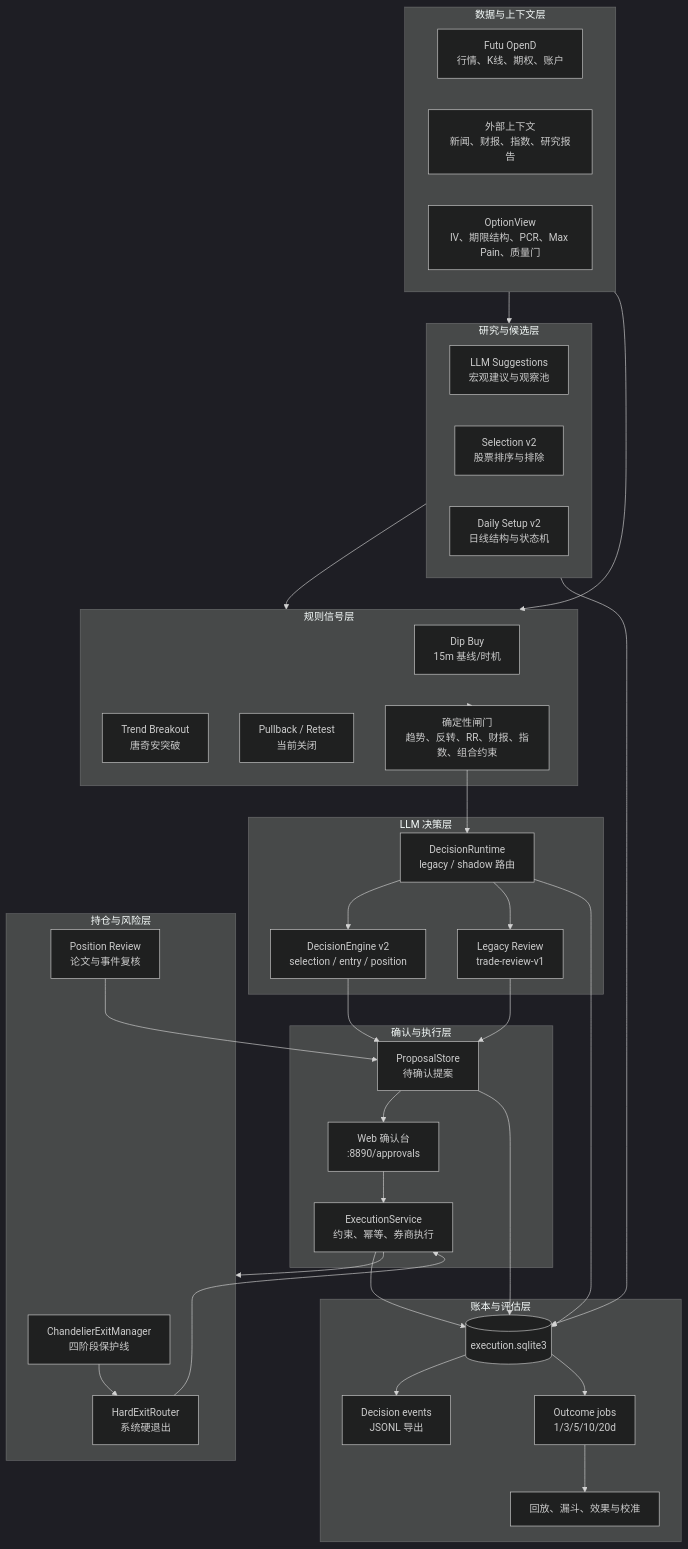
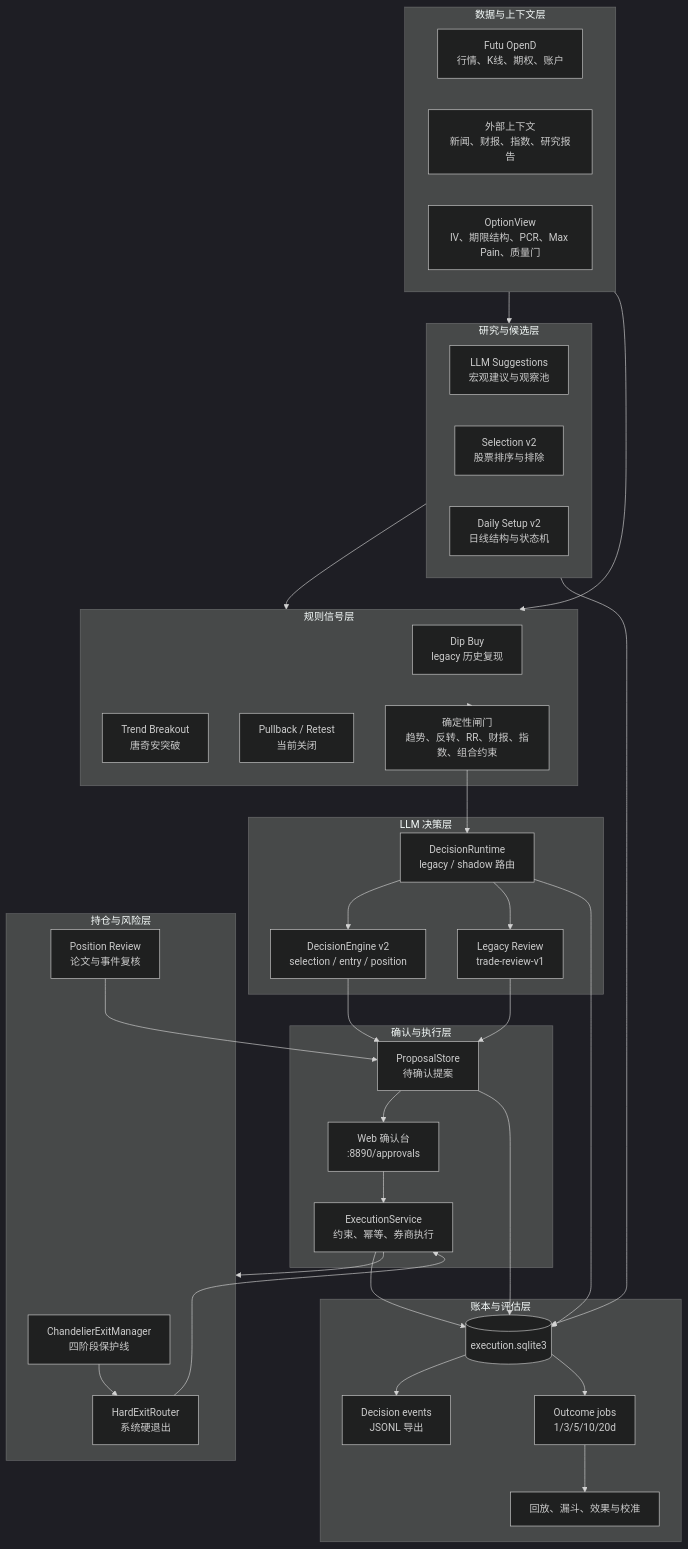
One commit to imlinklink/quant changed the first of 2 diagrams in quant_us-main/docs/system-architecture-2026-09-10.md. Above: the diagram before and after it, drawn with Mermaid (dark theme). The commit also changed other lines of this file and 28 other files, not shown here.

````diff
--- a/quant_us-main/docs/system-architecture-2026-09-10.md
+++ b/quant_us-main/docs/system-architecture-2026-09-10.md
@@ -30,65 +30,65 @@
 ```mermaid
 flowchart TB
     subgraph DATA[数据与上下文层]
         FUTU[Futu OpenD\n行情、K线、期权、账户]
         EXT[外部上下文\n新闻、财报、指数、研究报告]
         OPT[OptionView\nIV、期限结构、PCR、Max Pain、质量门]
     end
 
     subgraph RESEARCH[研究与候选层]
         SUG[LLM Suggestions\n宏观建议与观察池]
         SEL[Selection v2\n股票排序与排除]
         SETUP[Daily Setup v2\n日线结构与状态机]
     end
 
     subgraph SIGNAL[规则信号层]
-        DIP[Dip Buy\n15m 基线/时机]
+        DIP[Dip Buy\nlegacy 历史复现]
         DON[Trend Breakout\n唐奇安突破]
         PULL[Pullback / Retest\n当前关闭]
         GATES[确定性闸门\n趋势、反转、RR、财报、指数、组合约束]
     end
 
     subgraph DECISION[LLM 决策层]
         RUNTIME[DecisionRuntime\nlegacy / shadow 路由]
         ENGINE[DecisionEngine v2\nselection / entry / position]
         LEGACY[Legacy Review\ntrade-review-v1]
     end
 
     subgraph TRADE[确认与执行层]
         PROPOSAL[ProposalStore\n待确认提案]
         WEB[Web 确认台\n:8890/approvals]
         EXEC[ExecutionService\n约束、幂等、券商执行]
     end
 
     subgraph RISK[持仓与风险层]
         EXIT[ChandelierExitManager\n四阶段保护线]
         HARD[HardExitRouter\n系统硬退出]
         REVIEW[Position Review\n论文与事件复核]
     end
 
     subgraph LEDGER[账本与评估层]
         DB[(execution.sqlite3)]
         EVENTS[Decision events\nJSONL 导出]
         OUTCOME[Outcome jobs\n1/3/5/10/20d]
         METRICS[回放、漏斗、效果与校准]
     end
 
     DATA --> RESEARCH
     DATA --> SIGNAL
     RESEARCH --> SIGNAL
     SIGNAL --> GATES --> RUNTIME
     RUNTIME --> ENGINE
     RUNTIME --> LEGACY
     ENGINE --> PROPOSAL
     LEGACY --> PROPOSAL
     PROPOSAL --> WEB --> EXEC
     EXEC --> RISK
     EXIT --> HARD --> EXEC
     REVIEW --> PROPOSAL
     RESEARCH --> DB
     RUNTIME --> DB
     PROPOSAL --> DB
     EXEC --> DB
     DB --> EVENTS
     DB --> OUTCOME --> METRICS
 ```
````
